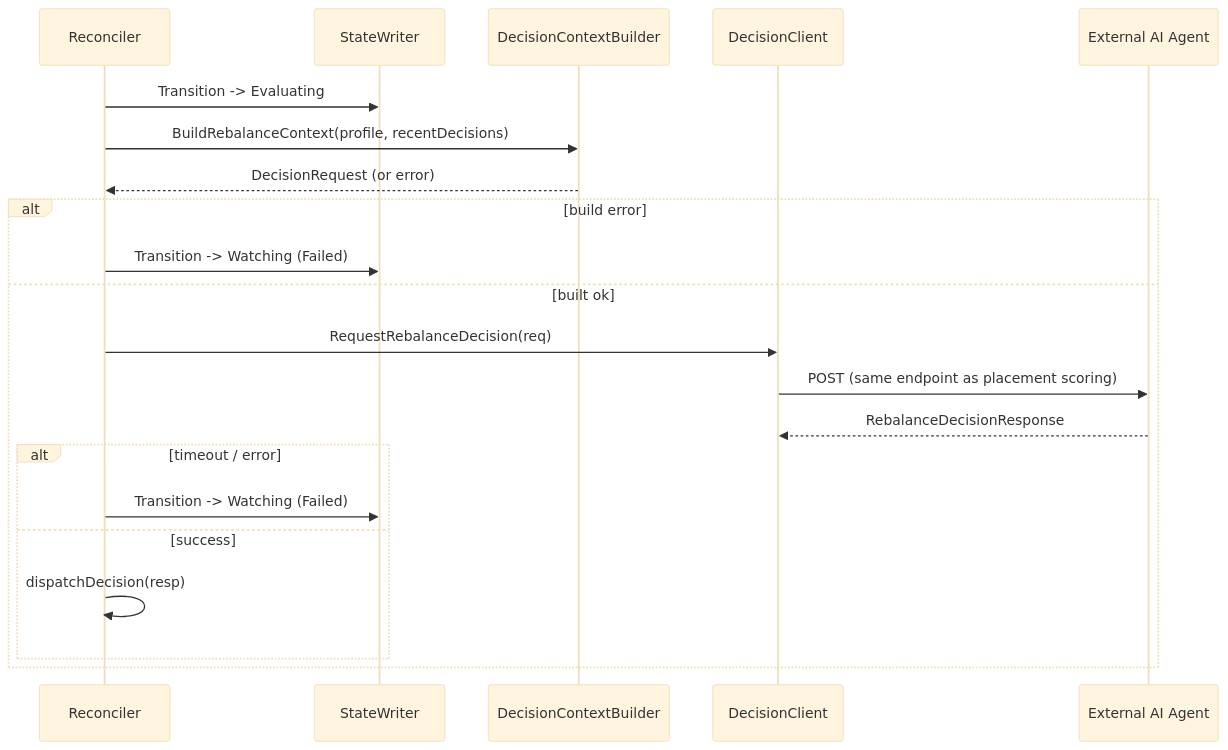
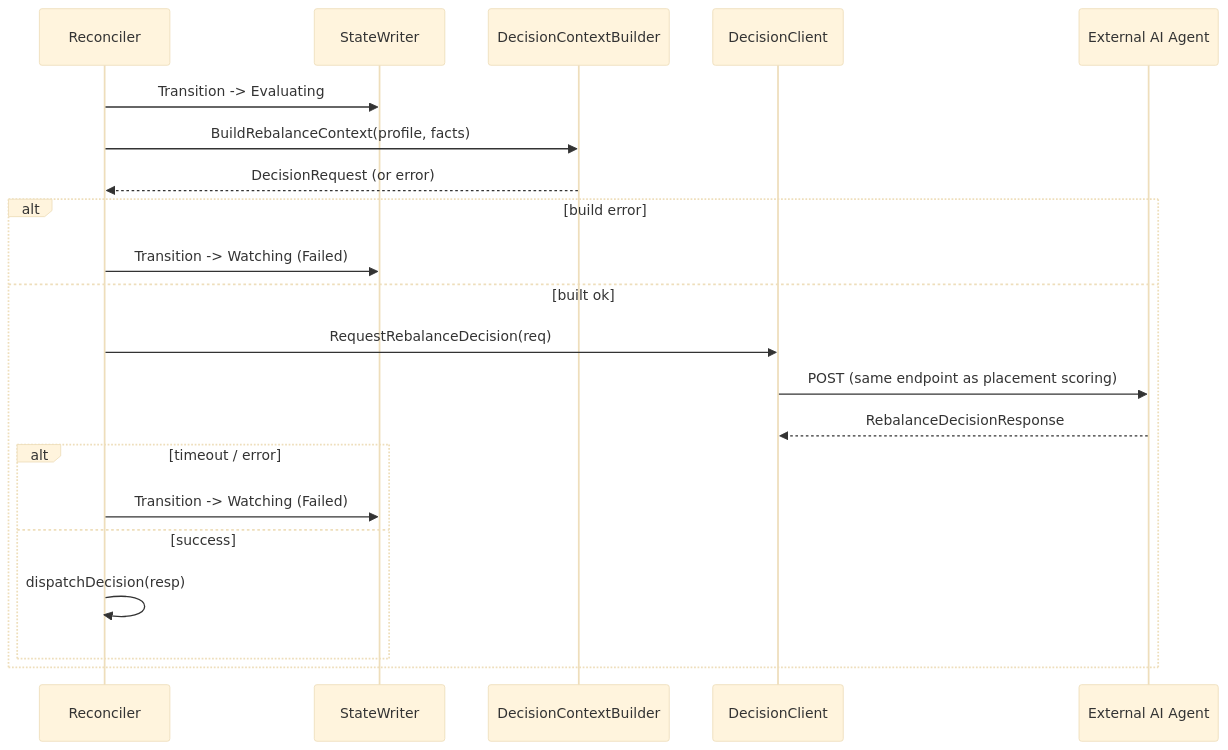
One commit to HIRO-MicroDataCenters-BV/hiro-adaptive-orchestrator changed the seventh of 35 diagrams in internal/rebalance/README.md. Above: the diagram before and after it, drawn with Mermaid (base theme). The commit also changed other lines of this file and 35 other files, not shown here.

Commit message:
BREAKING: Replace recentDecisions with a windowed rebalance history summary, make applicationRef immutable, and send history to the agent

````diff
--- a/internal/rebalance/README.md
+++ b/internal/rebalance/README.md
@@ -304,24 +304,24 @@
 ```mermaid
 sequenceDiagram
     participant R as Reconciler
     participant W as StateWriter
     participant B as DecisionContextBuilder
     participant C as DecisionClient
     participant AI as External AI Agent
 
     R->>W: Transition -> Evaluating
-    R->>B: BuildRebalanceContext(profile, recentDecisions)
+    R->>B: BuildRebalanceContext(profile, facts)
     B-->>R: DecisionRequest (or error)
     alt build error
         R->>W: Transition -> Watching (Failed)
     else built ok
         R->>C: RequestRebalanceDecision(req)
         C->>AI: POST (same endpoint as placement scoring)
         AI-->>C: RebalanceDecisionResponse
         alt timeout / error
             R->>W: Transition -> Watching (Failed)
         else success
             R->>R: dispatchDecision(resp)
         end
     end
 ```
````
